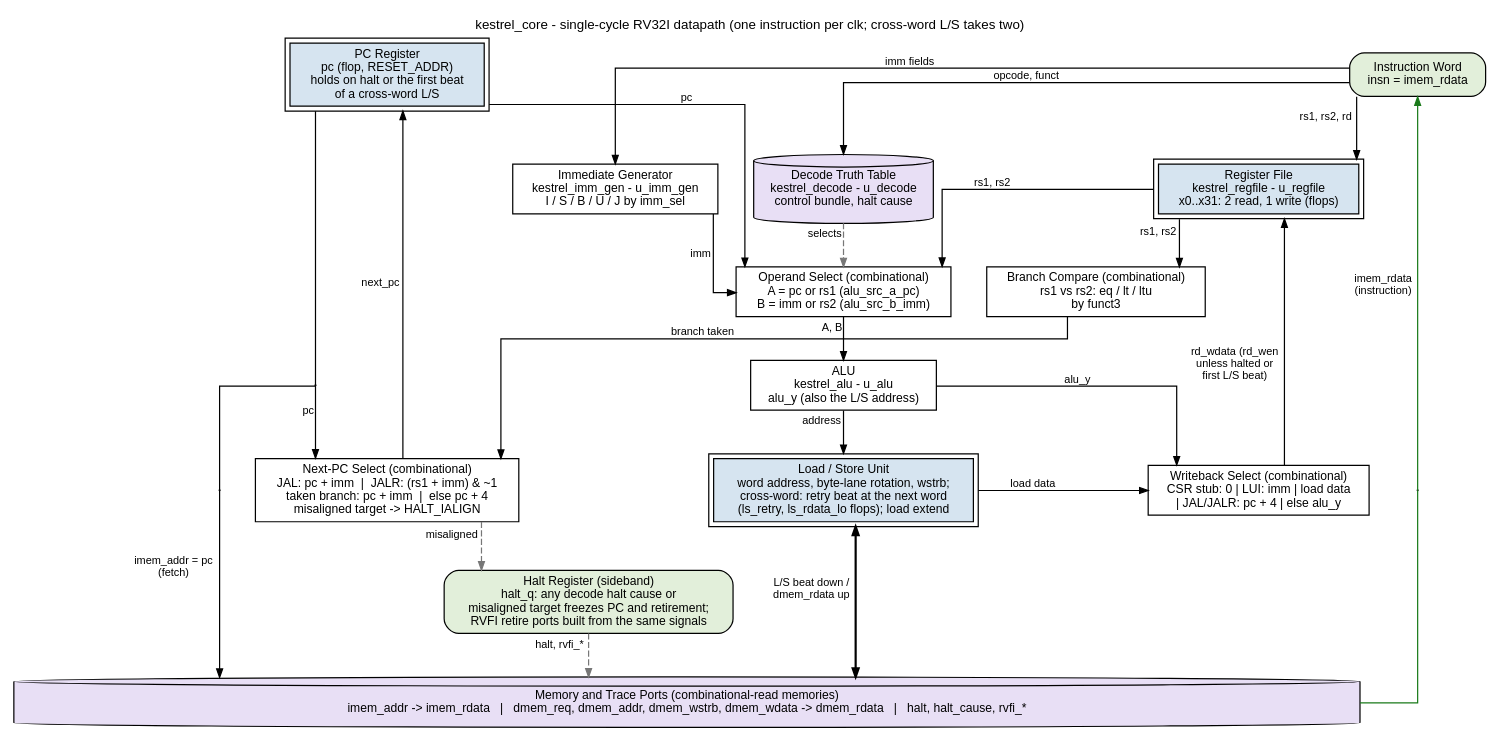
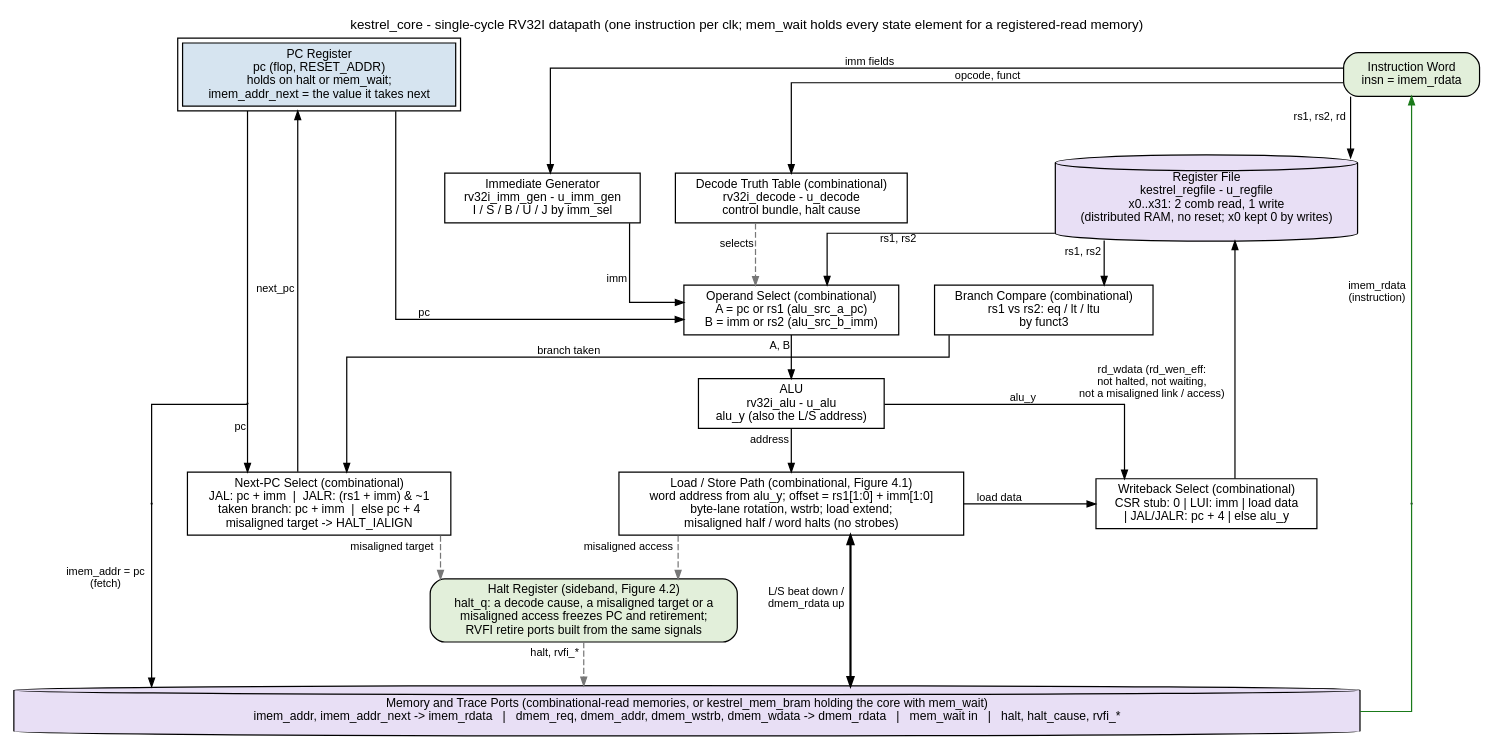
The diagram in projects/components/riscv-ip/kestrel-rv32i/docs/kestrel_mas/assets/graphviz/kestrel_datapath.dot (sean-galloway/RTLDesignSherpa), drawn with Graphviz before and after one commit. The commit also changed 320 other files, not shown here.

```diff
--- a/projects/components/riscv-ip/kestrel-rv32i/docs/kestrel_mas/assets/graphviz/kestrel_datapath.dot
+++ b/projects/components/riscv-ip/kestrel-rv32i/docs/kestrel_mas/assets/graphviz/kestrel_datapath.dot
@@ -1,79 +1,83 @@
 // kestrel_datapath - MAS Figure 1.1 (kestrel_core, single-cycle RV32I).
+// Brought to the 2026-10-20 RTL on 2026-10-21: misaligned accesses halt
+// (no cross-word retry), mem_wait holds the machine for a registered-read
+// memory, the register file is distributed RAM with no reset.
 // House style: vault/handbook/authoring/block-diagrams.md.
 // The memory ports are the boundary bar. Requests go DOWN to it: the
 // fetch address from the PC (left edge) and the load/store beat from
 // the L/S unit (center). Returns climb back UP on their own lanes:
 // the instruction word up the right edge into decode / imm / regfile,
-// the load data into the L/S unit. The two register loops are the
+// the load data into the L/S path. The two register loops are the
 // architectural feedback: next PC climbs the left edge into the PC,
 // the writeback climbs into the register file. No pipeline, so no
 // hazard or forwarding lanes. Halt is sideband.
 // Source of truth: rtl/top/kestrel_core.sv and rtl/fub/kestrel_*.sv.
 digraph kestrel_datapath {
     graph [rankdir=TB, bgcolor="white", fontname="Helvetica", fontsize=11,
            nodesep="0.40", ranksep="0.50", splines=ortho, newrank=true,
            labelloc=t, labeljust=c];
     node  [fontname="Helvetica", fontsize=10, shape=box, style=filled,
            fillcolor="white", color="black", margin="0.12,0.06"];
     edge  [fontname="Helvetica", fontsize=9, color="black", arrowsize=0.7];
-    label="kestrel_core - single-cycle RV32I datapath (one instruction per clk; cross-word L/S takes two)";
+    label="kestrel_core - single-cycle RV32I datapath (one instruction per clk; mem_wait holds every state element for a registered-read memory)";
 
-    pc    [label="PC Register\npc (flop, RESET_ADDR)\nholds on halt or the first beat\nof a cross-word L/S", group=L, peripheries=2, style="filled", fillcolor="#D6E4F0"];
-    dec   [label="Decode Truth Table\nkestrel_decode - u_decode\ncontrol bundle, halt cause", group=C, shape=cylinder, style="filled", fillcolor="#E8DFF5"];
-    immg  [label="Immediate Generator\nkestrel_imm_gen - u_imm_gen\nI / S / B / U / J by imm_sel", group=I, style="filled", fillcolor="white"];
-    rf    [label="Register File\nkestrel_regfile - u_regfile\nx0..x31: 2 read, 1 write (flops)", group=R, peripheries=2, style="filled", fillcolor="#D6E4F0"];
+    pc    [label="PC Register\npc (flop, RESET_ADDR)\nholds on halt or mem_wait;\nimem_addr_next = the value it takes next", group=L, peripheries=2, style="filled", fillcolor="#D6E4F0"];
+    dec   [label="Decode Truth Table (combinational)\nrv32i_decode - u_decode\ncontrol bundle, halt cause", group=C, style="filled", fillcolor="white"];
+    immg  [label="Immediate Generator\nrv32i_imm_gen - u_imm_gen\nI / S / B / U / J by imm_sel", group=I, style="filled", fillcolor="white"];
+    rf    [label="Register File\nkestrel_regfile - u_regfile\nx0..x31: 2 comb read, 1 write\n(distributed RAM, no reset; x0 kept 0 by writes)", group=R, shape=cylinder, style="filled", fillcolor="#E8DFF5"];
 
     srcm  [label="Operand Select (combinational)\nA = pc or rs1 (alu_src_a_pc)\nB = imm or rs2 (alu_src_b_imm)", group=C, style="filled", fillcolor="white"];
     cmp   [label="Branch Compare (combinational)\nrs1 vs rs2: eq / lt / ltu\nby funct3", group=I, style="filled", fillcolor="white"];
-    alu   [label="ALU\nkestrel_alu - u_alu\nalu_y (also the L/S address)", group=C, style="filled", fillcolor="white"];
+    alu   [label="ALU\nrv32i_alu - u_alu\nalu_y (also the L/S address)", group=C, style="filled", fillcolor="white"];
     npc   [label="Next-PC Select (combinational)\nJAL: pc + imm  |  JALR: (rs1 + imm) & ~1\ntaken branch: pc + imm  |  else pc + 4\nmisaligned target -> HALT_IALIGN", group=L, style="filled", fillcolor="white"];
-    lsu   [label="Load / Store Unit\nword address, byte-lane rotation, wstrb;\ncross-word: retry beat at the next word\n(ls_retry, ls_rdata_lo flops); load extend", group=C, peripheries=2, style="filled", fillcolor="#D6E4F0"];
+    lsu   [label="Load / Store Path (combinational, Figure 4.1)\nword address from alu_y; offset = rs1[1:0] + imm[1:0]\nbyte-lane rotation, wstrb; load extend;\nmisaligned half / word halts (no strobes)", group=C, style="filled", fillcolor="white"];
     wb    [label="Writeback Select (combinational)\nCSR stub: 0 | LUI: imm | load data\n| JAL/JALR: pc + 4 | else alu_y", group=R, style="filled", fillcolor="white"];
-    hlt   [label="Halt Register (sideband)\nhalt_q: any decode halt cause or\nmisaligned target freezes PC and retirement;\nRVFI retire ports built from the same signals", fillcolor="white", style="rounded,filled", fillcolor="#E2EFDA"];
+    hlt   [label="Halt Register (sideband, Figure 4.2)\nhalt_q: a decode cause, a misaligned target or a\nmisaligned access freezes PC and retirement;\nRVFI retire ports built from the same signals", fillcolor="white", style="rounded,filled", fillcolor="#E2EFDA"];
 
-    bar   [label="Memory and Trace Ports (combinational-read memories)\nimem_addr -> imem_rdata   |   dmem_req, dmem_addr, dmem_wstrb, dmem_wdata -> dmem_rdata   |   halt, halt_cause, rvfi_*",
+    bar   [label="Memory and Trace Ports (combinational-read memories, or kestrel_mem_bram holding the core with mem_wait)\nimem_addr, imem_addr_next -> imem_rdata   |   dmem_req, dmem_addr, dmem_wstrb, dmem_wdata -> dmem_rdata   |   mem_wait in   |   halt, halt_cause, rvfi_*",
            fillcolor="white", width=15.4, shape=cylinder, style="filled", fillcolor="#E8DFF5"];
 
     // ---- fetch request down the left edge, instruction back up the right ----
     p_pc  [shape=point, width=0.01, group=L];
     pc    -> p_pc [arrowhead=none, headclip=false];
     p_pc  -> npc  [tailclip=false, xlabel="pc"];
     p_f   [shape=point, width=0.01, group=F];
     p_pc  -> p_f  [arrowhead=none, tailclip=false, headclip=false];
     p_f   -> bar  [tailclip=false, xlabel="imem_addr = pc\n(fetch)"];
     p_r   [shape=point, width=0.01, group=Q];
     insn  -> p_r  [color="#1A7A1A", dir=back, headclip=false, xlabel="imem_rdata\n(instruction)"];
     p_r   -> bar  [color="#1A7A1A", dir=none, tailclip=false];
 
     // ---- instruction word ----
     insn  [label="Instruction Word\ninsn = imem_rdata", fillcolor="white", group=Q, style="rounded,filled", fillcolor="#E2EFDA"];
     insn  -> dec  [xlabel="opcode, funct"];
     insn  -> immg [xlabel="imm fields"];
     insn  -> rf   [xlabel="rs1, rs2, rd"];
 
     // ---- execute ----
     dec   -> srcm [style=dashed, color="#777777", xlabel="selects"];
     immg  -> srcm [xlabel="imm"];
     rf    -> srcm [xlabel="rs1, rs2"];
     pc    -> srcm [xlabel="pc"];
     rf    -> cmp  [xlabel="rs1, rs2"];
     srcm  -> alu  [xlabel="A, B"];
     alu   -> lsu  [xlabel="address"];
     lsu   -> bar  [dir=both, xlabel="L/S beat down /\ndmem_rdata up", penwidth=1.8];
     lsu   -> wb   [xlabel="load data"];
     alu   -> wb   [xlabel="alu_y"];
     cmp   -> npc  [xlabel="branch taken"];
     pc    -> npc  [dir=back, xlabel="next_pc"];
 
     // ---- feedback loops ----
-    npc   -> hlt  [style=dashed, color="#777777", xlabel="misaligned"];
-    rf    -> wb   [dir=back, xlabel="rd_wdata (rd_wen\nunless halted or\nfirst L/S beat)"];
+    npc   -> hlt  [style=dashed, color="#777777", xlabel="misaligned target"];
+    lsu   -> hlt  [style=dashed, color="#777777", xlabel="misaligned access"];
+    rf    -> wb   [dir=back, xlabel="rd_wdata (rd_wen_eff:\nnot halted, not waiting,\nnot a misaligned link / access)"];
     hlt   -> bar  [style=dashed, color="#777777", xlabel="halt, rvfi_*"];
 
     { rank=same; pc; insn; }
     { rank=same; dec; immg; rf; }
     { rank=same; srcm; cmp; }
     { rank=same; npc; lsu; wb; p_r; p_f; }
     p_f -> npc [style=invis];
     wb -> p_r [style=invis];
 }
```
